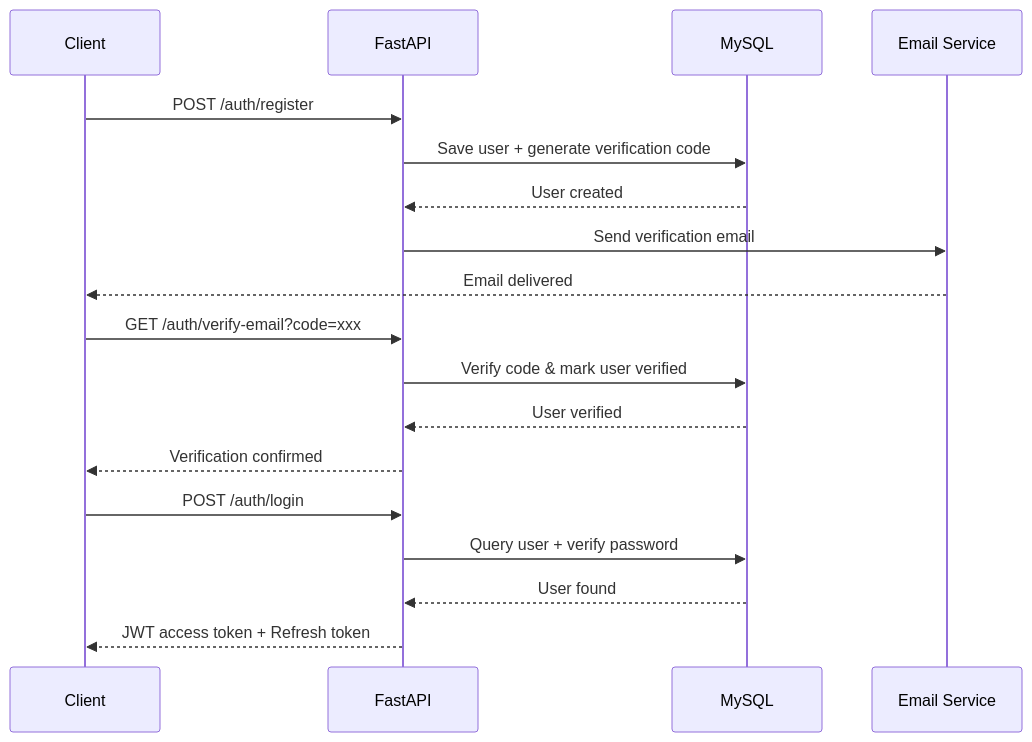
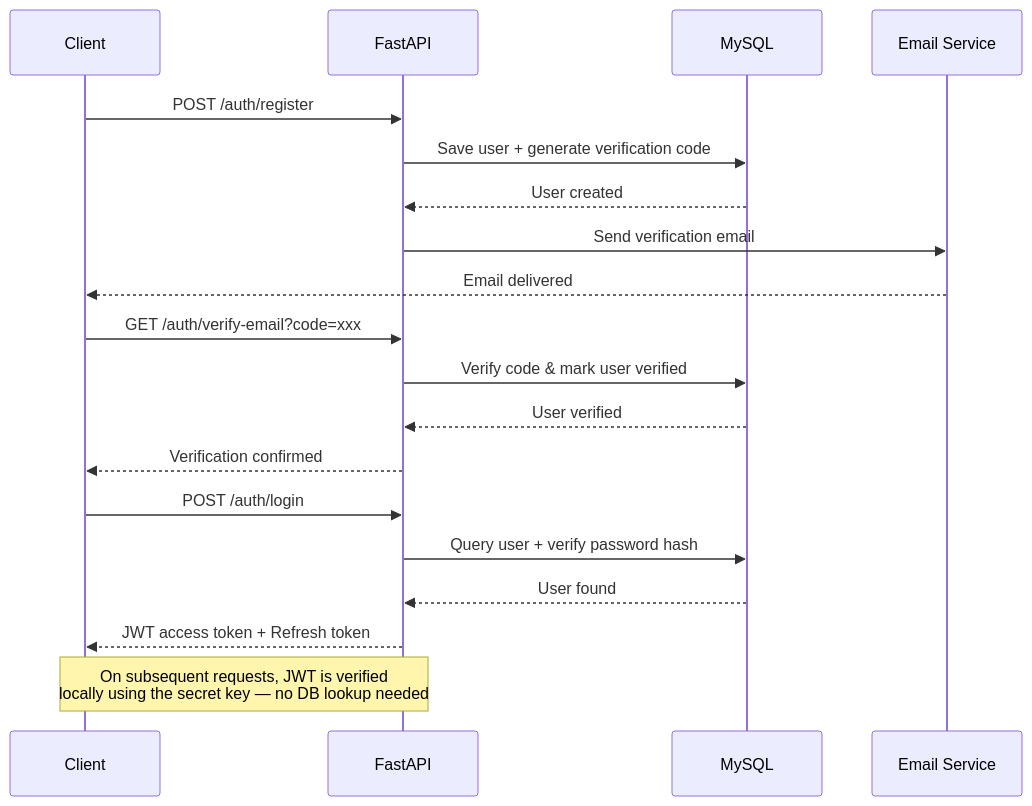
Before and after one commit to fara77ezma/Leader-Board-Real-Time-System: the second of 4 diagrams in ARCHITECTURE.md, drawn with Mermaid. The commit also changed other lines of this file and 6 other files, not shown here.

````diff
--- a/ARCHITECTURE.md
+++ b/ARCHITECTURE.md
@@ -64,23 +64,25 @@
 ```mermaid
 sequenceDiagram
     participant Client
     participant API as FastAPI
     participant DB as MySQL
     participant Mail as Email Service
     
     Client->>API: POST /auth/register
     API->>DB: Save user + generate verification code
     DB-->>API: User created
     API->>Mail: Send verification email
     Mail-->>Client: Email delivered
     
     Client->>API: GET /auth/verify-email?code=xxx
     API->>DB: Verify code & mark user verified
     DB-->>API: User verified
     API-->>Client: Verification confirmed
     
     Client->>API: POST /auth/login
-    API->>DB: Query user + verify password
+    API->>DB: Query user + verify password hash
     DB-->>API: User found
     API-->>Client: JWT access token + Refresh token
+    
+    Note over Client,API: On subsequent requests, JWT is verified<br/>locally using the secret key — no DB lookup needed
 ```
````
